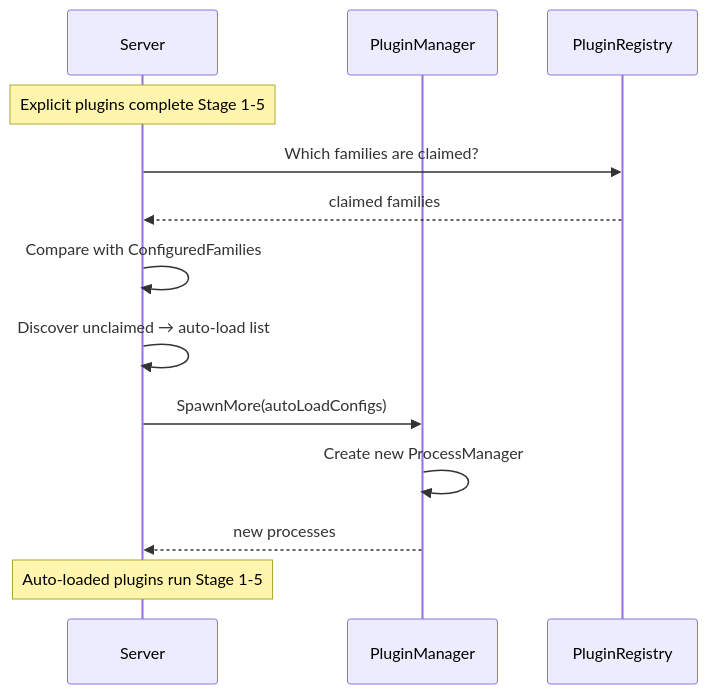
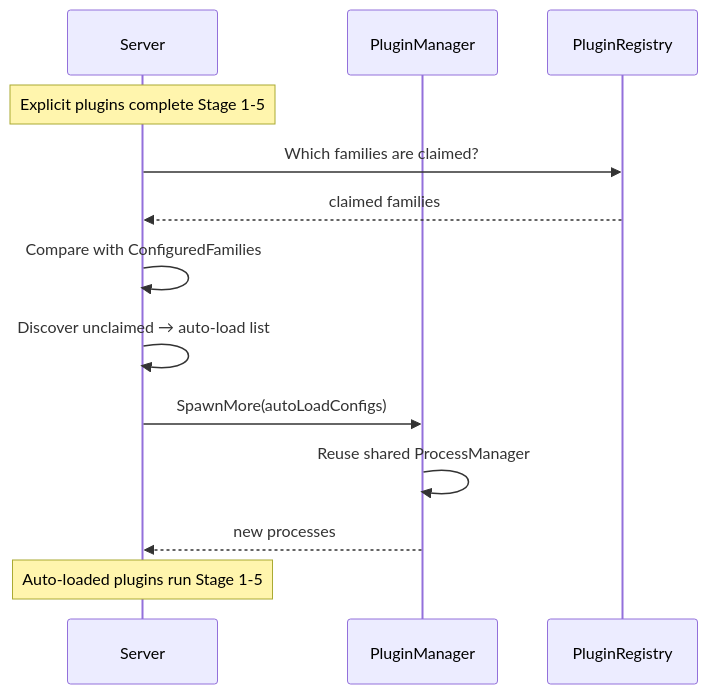
Before and after one commit to ze-software/ze: the third of 3 diagrams in docs/architecture/plugin-manager-wiring.md, drawn with Mermaid. The commit also changed other lines of this file and 84 other files, not shown here.

````diff
--- a/docs/architecture/plugin-manager-wiring.md
+++ b/docs/architecture/plugin-manager-wiring.md
@@ -114,18 +144,18 @@
 ```mermaid
 sequenceDiagram
     participant S as Server
     participant PM as PluginManager
     participant REG as PluginRegistry
 
     Note over S: Explicit plugins complete Stage 1-5
     S->>REG: Which families are claimed?
     REG-->>S: claimed families
     S->>S: Compare with ConfiguredFamilies
     S->>S: Discover unclaimed → auto-load list
 
     S->>PM: SpawnMore(autoLoadConfigs)
-    PM->>PM: Create new ProcessManager
+    PM->>PM: Reuse shared ProcessManager
     PM-->>S: new processes
 
     Note over S: Auto-loaded plugins run Stage 1-5
 ```
````
